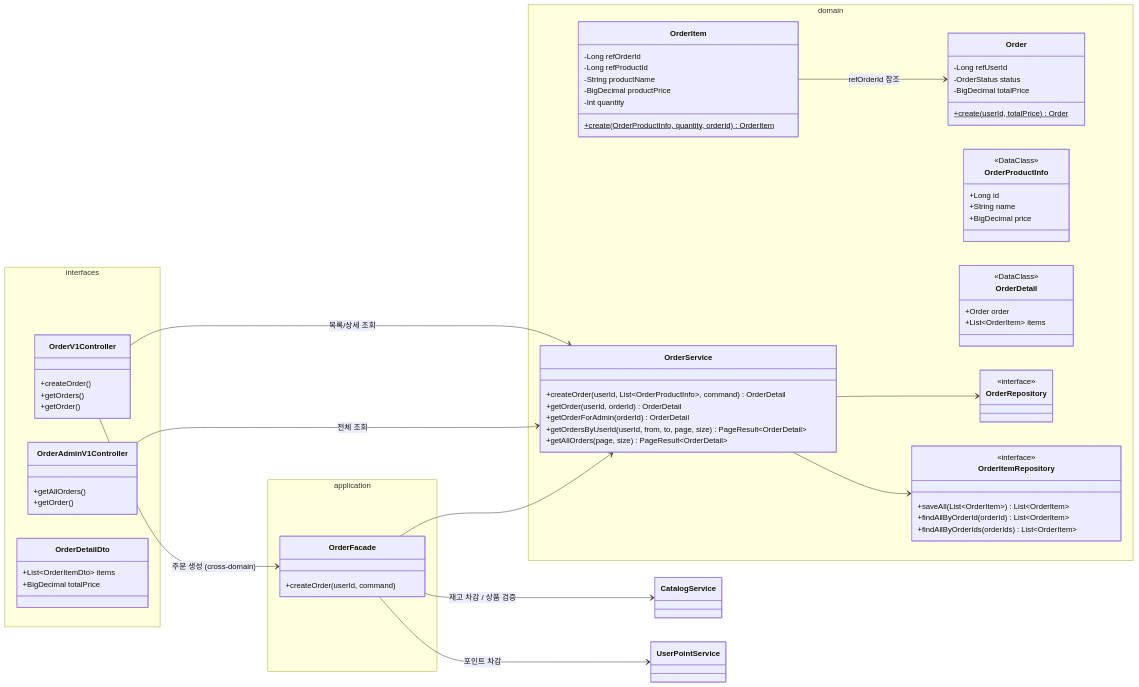
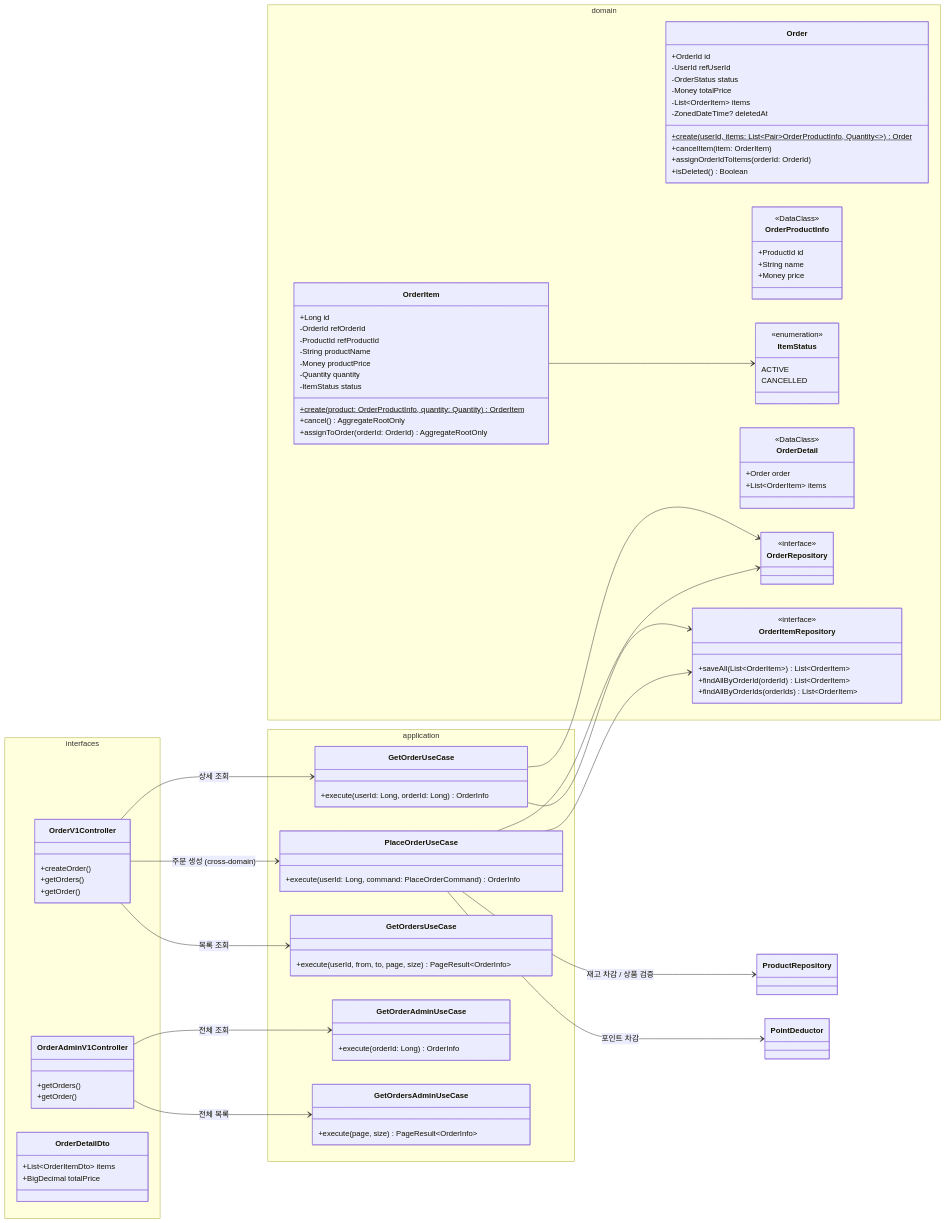
One commit to Loopers-dev-lab/loop-pack-be-l2-vol3-kotlin changed the fifth of 8 diagrams in docs/design/03-class-diagram.md. Above: the diagram before and after it, drawn with Mermaid. The commit also changed other lines of this file and 6 other files, not shown here.

First line of the commit message:
docs: 설계 문서 최신화 — Facade/Service → UseCase 패턴 반영

````diff
--- a/docs/design/03-class-diagram.md
+++ b/docs/design/03-class-diagram.md
@@ -391,7 +441,7 @@
             +getOrder()
         }
         class OrderAdminV1Controller {
-            +getAllOrders()
+            +getOrders()
             +getOrder()
         }
         class OrderDetailDto {
@@ -401,43 +451,63 @@
     }
 
     namespace application {
-        class OrderFacade {
-            +createOrder(userId, command)
+        class PlaceOrderUseCase {
+            +execute(userId: Long, command: PlaceOrderCommand) OrderInfo
+        }
+        class GetOrderUseCase {
+            +execute(userId: Long, orderId: Long) OrderInfo
+        }
+        class GetOrdersUseCase {
+            +execute(userId, from, to, page, size) PageResult~OrderInfo~
+        }
+        class GetOrderAdminUseCase {
+            +execute(orderId: Long) OrderInfo
+        }
+        class GetOrdersAdminUseCase {
+            +execute(page, size) PageResult~OrderInfo~
         }
     }
 
     namespace domain {
         class Order {
-            -Long refUserId
+            +OrderId id
+            -UserId refUserId
             -OrderStatus status
-            -BigDecimal totalPrice
-            +create(userId, totalPrice)$ Order
+            -Money totalPrice
+            -List~OrderItem~ items
+            -ZonedDateTime? deletedAt
+            +create(userId, items: List~Pair~OrderProductInfo, Quantity~~)$ Order
+            +cancelItem(item: OrderItem)
+            +assignOrderIdToItems(orderId: OrderId)
+            +isDeleted() Boolean
         }
         class OrderProductInfo {
             <<DataClass>>
-            +Long id
+            +ProductId id
             +String name
-            +BigDecimal price
+            +Money price
         }
         class OrderItem {
-            -Long refOrderId
-            -Long refProductId
+            +Long id
+            -OrderId refOrderId
+            -ProductId refProductId
             -String productName
-            -BigDecimal productPrice
-            -Int quantity
-            +create(OrderProductInfo, quantity, orderId)$ OrderItem
+            -Money productPrice
+            -Quantity quantity
+            -ItemStatus status
+            +create(product: OrderProductInfo, quantity: Quantity)$ OrderItem
+            +cancel() AggregateRootOnly
+            +assignToOrder(orderId: OrderId) AggregateRootOnly
+        }
+        class ItemStatus {
+            <<enumeration>>
+            ACTIVE
+            CANCELLED
         }
         class OrderDetail {
             <<DataClass>>
             +Order order
             +List~OrderItem~ items
-        }
-        class OrderService {
-            +createOrder(userId, List~OrderProductInfo~, command) OrderDetail
-            +getOrder(userId, orderId) OrderDetail
-            +getOrderForAdmin(orderId) OrderDetail
-            +getOrdersByUserId(userId, from, to, page, size) PageResult~OrderDetail~
-            +getAllOrders(page, size) PageResult~OrderDetail~
         }
         class OrderRepository {
             <<interface>>
@@ -450,13 +520,16 @@
         }
     }
 
-    OrderV1Controller --> OrderFacade: 주문 생성 (cross-domain)
-    OrderV1Controller --> OrderService: 목록/상세 조회
-    OrderAdminV1Controller --> OrderService: 전체 조회
-    OrderFacade --> OrderService
-    OrderFacade --> CatalogService: 재고 차감 / 상품 검증
-    OrderFacade --> UserPointService: 포인트 차감
-    OrderService --> OrderRepository
-    OrderService --> OrderItemRepository
-    OrderItem --> Order: refOrderId 참조
+    OrderV1Controller --> PlaceOrderUseCase: 주문 생성 (cross-domain)
+    OrderV1Controller --> GetOrderUseCase: 상세 조회
+    OrderV1Controller --> GetOrdersUseCase: 목록 조회
+    OrderAdminV1Controller --> GetOrderAdminUseCase: 전체 조회
+    OrderAdminV1Controller --> GetOrdersAdminUseCase: 전체 목록
+    PlaceOrderUseCase --> OrderRepository
+    PlaceOrderUseCase --> OrderItemRepository
+    PlaceOrderUseCase --> ProductRepository: 재고 차감 / 상품 검증
+    PlaceOrderUseCase --> PointDeductor: 포인트 차감
+    GetOrderUseCase --> OrderRepository
+    GetOrderUseCase --> OrderItemRepository
+    OrderItem --> ItemStatus
 ```
````
